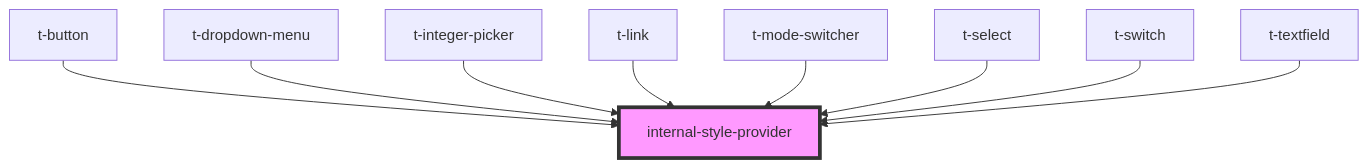
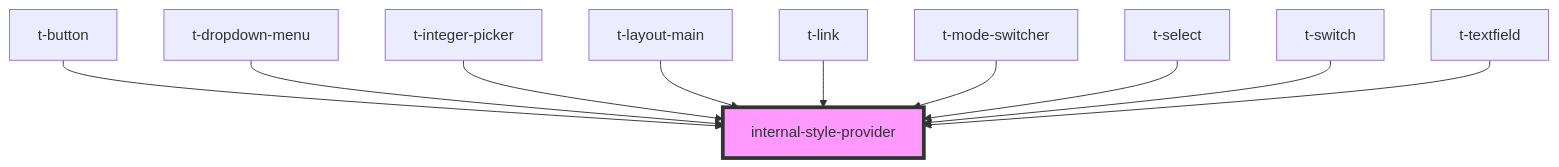
Before and after one commit to TomasEng/web-components: the diagram in packages/stencil/src/components/internal-style-provider/readme.md, drawn with Mermaid. The commit also changed other lines of this file and 19 other files, not shown here.

````diff
--- a/packages/stencil/src/components/internal-style-provider/readme.md
+++ b/packages/stencil/src/components/internal-style-provider/readme.md
@@ -29,12 +30,13 @@
 ```mermaid
 graph TD;
   t-button --> internal-style-provider
   t-dropdown-menu --> internal-style-provider
   t-integer-picker --> internal-style-provider
+  t-layout-main --> internal-style-provider
   t-link --> internal-style-provider
   t-mode-switcher --> internal-style-provider
   t-select --> internal-style-provider
   t-switch --> internal-style-provider
   t-textfield --> internal-style-provider
   style internal-style-provider fill:#f9f,stroke:#333,stroke-width:4px
 ```
````
